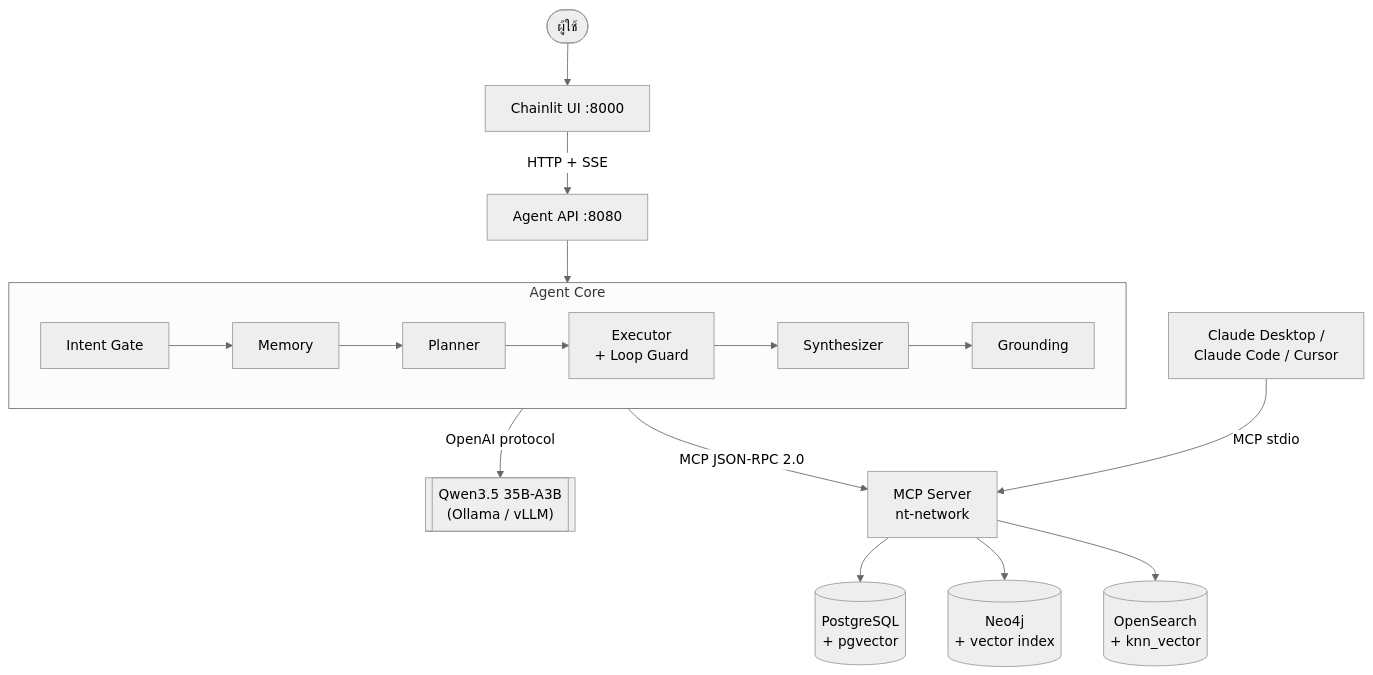
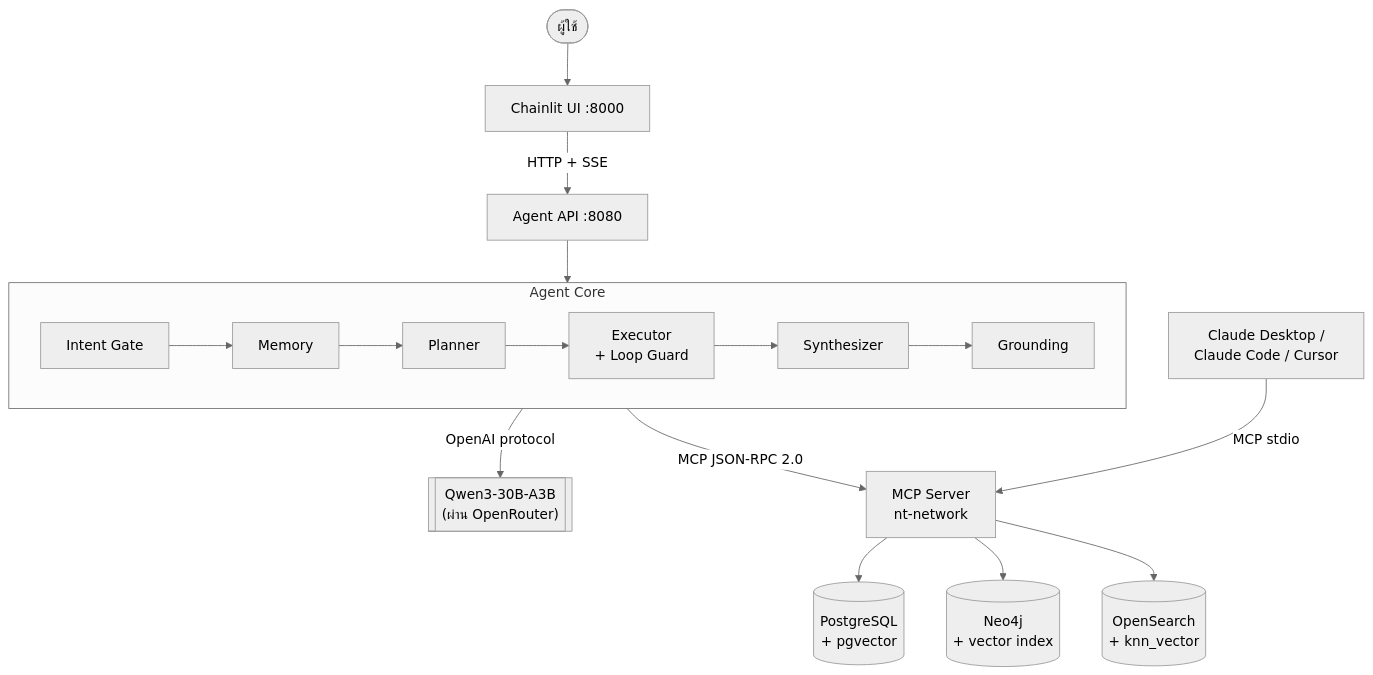
The second of 3 diagrams in INSTRUCTIONS/day0/01-architecture.md (LLM-CE-KMITL/mcp-workshop), drawn with Mermaid (neutral theme) before and after one commit. The commit also changed other lines of this file and 2 other files, not shown here.

````diff
--- a/INSTRUCTIONS/day0/01-architecture.md
+++ b/INSTRUCTIONS/day0/01-architecture.md
@@ -36,24 +41,24 @@
 ```mermaid
 flowchart TB
     U([ผู้ใช้]) --> UI["Chainlit UI :8000"]
     UI -->|HTTP + SSE| API["Agent API :8080"]
 
     subgraph CORE["Agent Core"]
         direction LR
         I["Intent Gate"] --> M["Memory"]
         M --> P["Planner"]
         P --> E["Executor<br/>+ Loop Guard"]
         E --> S["Synthesizer"]
         S --> G["Grounding"]
     end
 
     API --> CORE
-    CORE -->|OpenAI protocol| LLM[["Qwen3.5 35B-A3B<br/>(Ollama / vLLM)"]]
+    CORE -->|OpenAI protocol| LLM[["Qwen3-30B-A3B<br/>(ผ่าน OpenRouter)"]]
     CORE -->|MCP JSON-RPC 2.0| MCP["MCP Server<br/>nt-network"]
 
     MCP --> PG[("PostgreSQL<br/>+ pgvector")]
     MCP --> NEO[("Neo4j<br/>+ vector index")]
     MCP --> OS[("OpenSearch<br/>+ knn_vector")]
 
     CD["Claude Desktop /<br/>Claude Code / Cursor"] -->|MCP stdio| MCP
 ```
````
